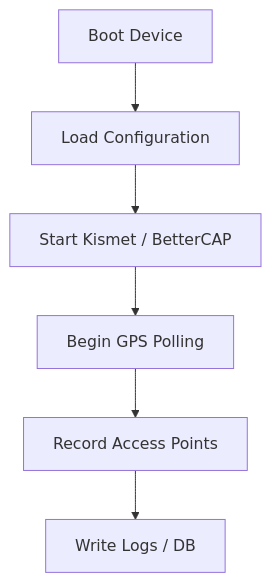
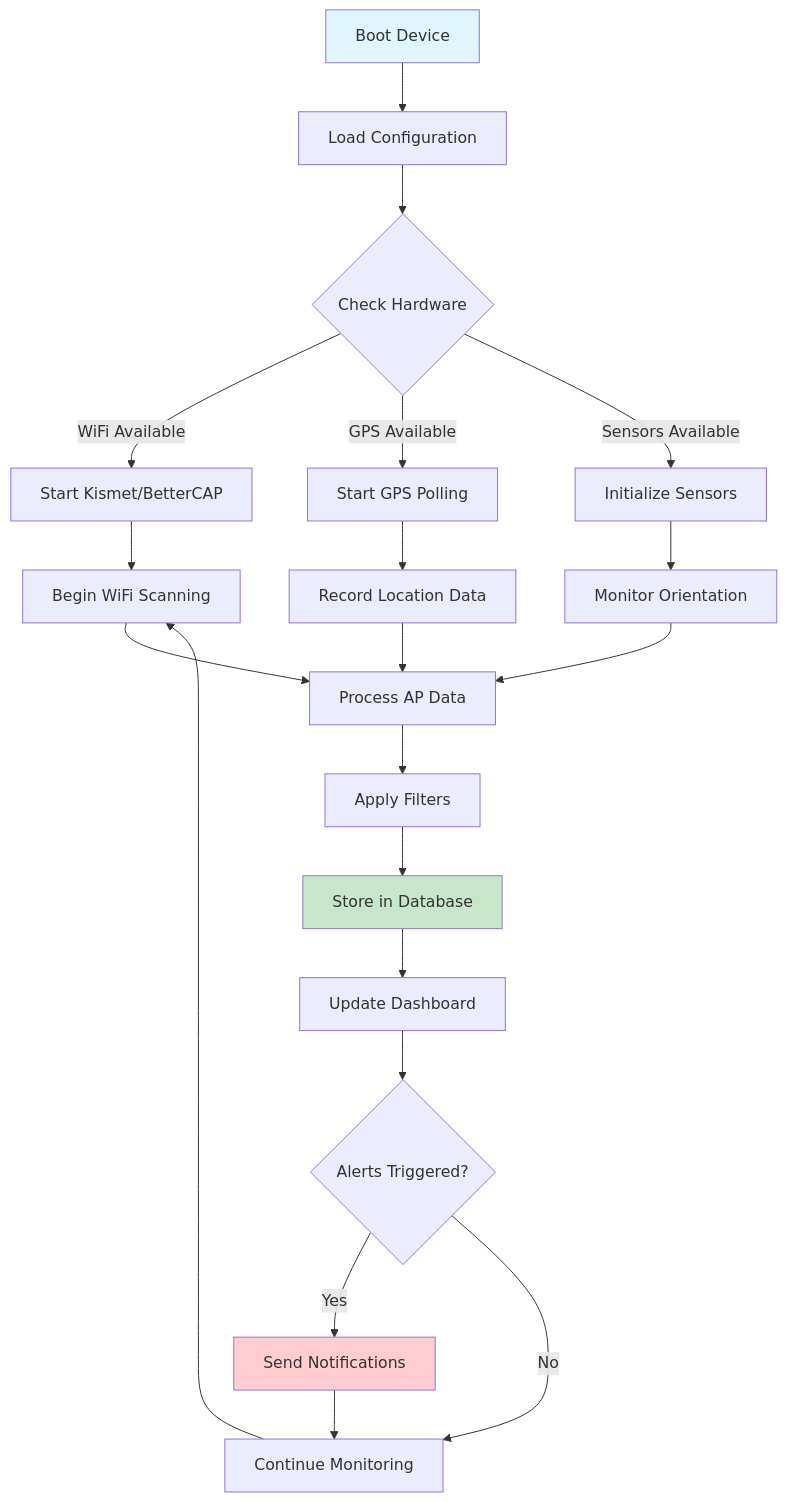
One commit to Trashytalk/piwardrive changed the fourth of 8 diagrams in README.md. Above: the diagram before and after it, drawn with Mermaid. The commit also changed other lines of this file and 151 other files, not shown here.

````diff
--- a/README.md
+++ b/README.md
@@ -76,8 +228,30 @@
 ```mermaid
 flowchart TD
     A[Boot Device] --> B[Load Configuration]
-    B --> C[Start Kismet / BetterCAP]
-    C --> D[Begin GPS Polling]
-    D --> E[Record Access Points]
-    E --> F[Write Logs / DB]
+    B --> C{Check Hardware}
+    C -->|WiFi Available| D[Start Kismet/BetterCAP]
+    C -->|GPS Available| E[Start GPS Polling]
+    C -->|Sensors Available| F[Initialize Sensors]
+    
+    D --> G[Begin WiFi Scanning]
+    E --> H[Record Location Data]
+    F --> I[Monitor Orientation]
+    
+    G --> J[Process AP Data]
+    H --> J
+    I --> J
+    
+    J --> K[Apply Filters]
+    K --> L[Store in Database]
+    L --> M[Update Dashboard]
+    
+    M --> N{Alerts Triggered?}
+    N -->|Yes| O[Send Notifications]
+    N -->|No| P[Continue Monitoring]
+    O --> P
+    P --> G
+    
+    style A fill:#e1f5fe
+    style L fill:#c8e6c9
+    style O fill:#ffcdd2
 ```
````
